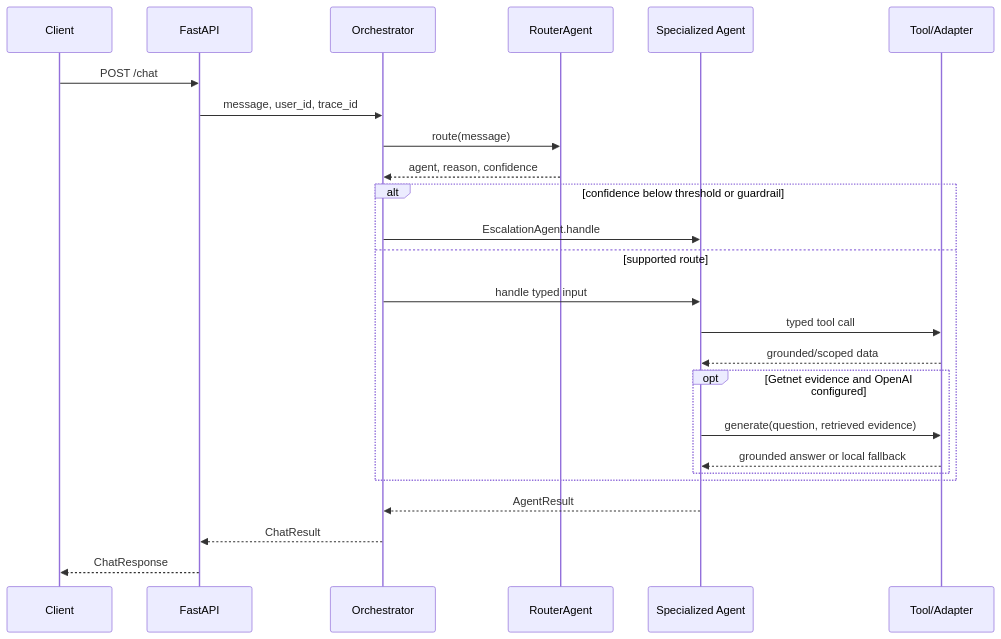
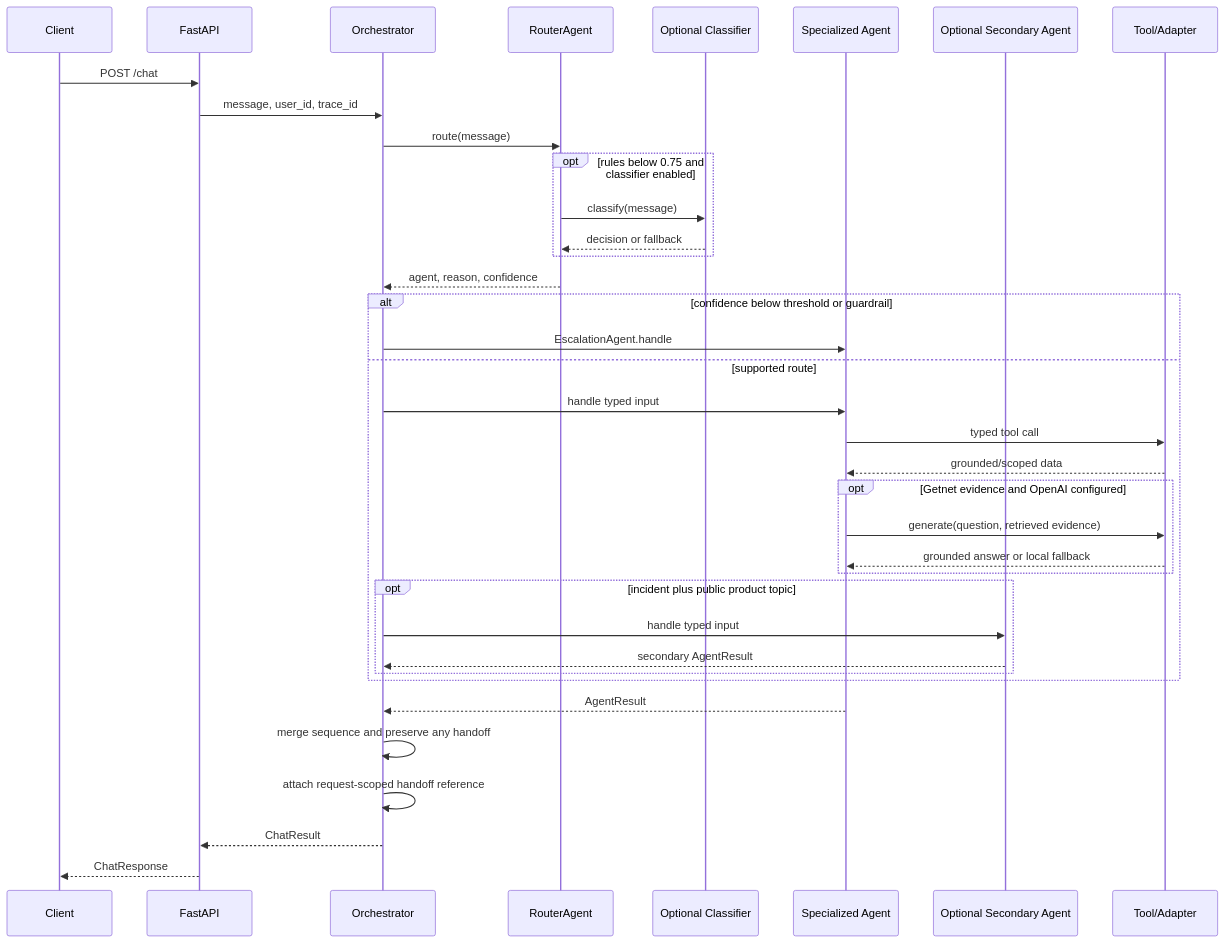
The diagram in docs/ARCHITECTURE.md (brunovicco/getnet-multi-agent-support), drawn with Mermaid before and after one commit. The commit also changed other lines of this file and 16 other files, not shown here.

Commit message:
fix: preserve sequence handoffs and localize support output

````diff
--- a/docs/ARCHITECTURE.md
+++ b/docs/ARCHITECTURE.md
@@ -46,28 +47,40 @@
 ```mermaid
 sequenceDiagram
     participant C as Client
     participant A as FastAPI
     participant O as Orchestrator
     participant R as RouterAgent
+    participant M as Optional Classifier
     participant S as Specialized Agent
+    participant S2 as Optional Secondary Agent
     participant T as Tool/Adapter
 
     C->>A: POST /chat
     A->>O: message, user_id, trace_id
     O->>R: route(message)
+    opt rules below 0.75 and classifier enabled
+        R->>M: classify(message)
+        M-->>R: decision or fallback
+    end
     R-->>O: agent, reason, confidence
     alt confidence below threshold or guardrail
         O->>S: EscalationAgent.handle
     else supported route
         O->>S: handle typed input
         S->>T: typed tool call
         T-->>S: grounded/scoped data
         opt Getnet evidence and OpenAI configured
             S->>T: generate(question, retrieved evidence)
             T-->>S: grounded answer or local fallback
         end
+        opt incident plus public product topic
+            O->>S2: handle typed input
+            S2-->>O: secondary AgentResult
+        end
     end
     S-->>O: AgentResult
+    O->>O: merge sequence and preserve any handoff
+    O->>O: attach request-scoped handoff reference
     O-->>A: ChatResult
     A-->>C: ChatResponse
 ```
````
